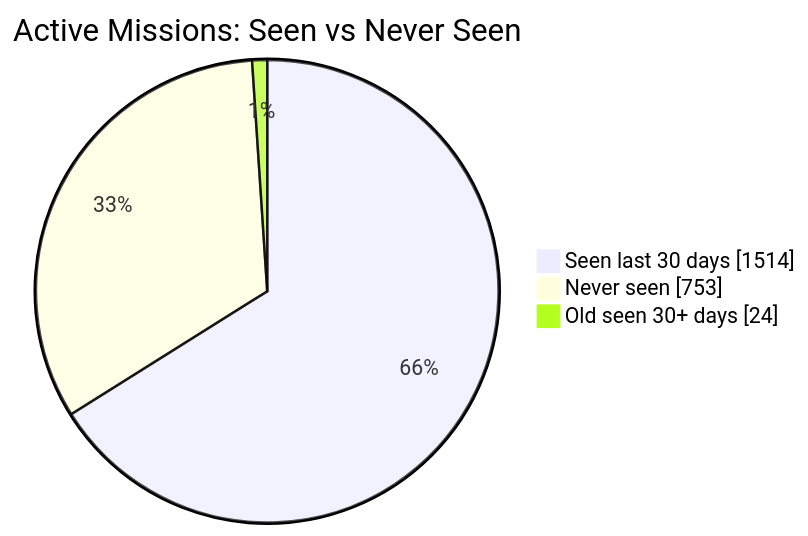
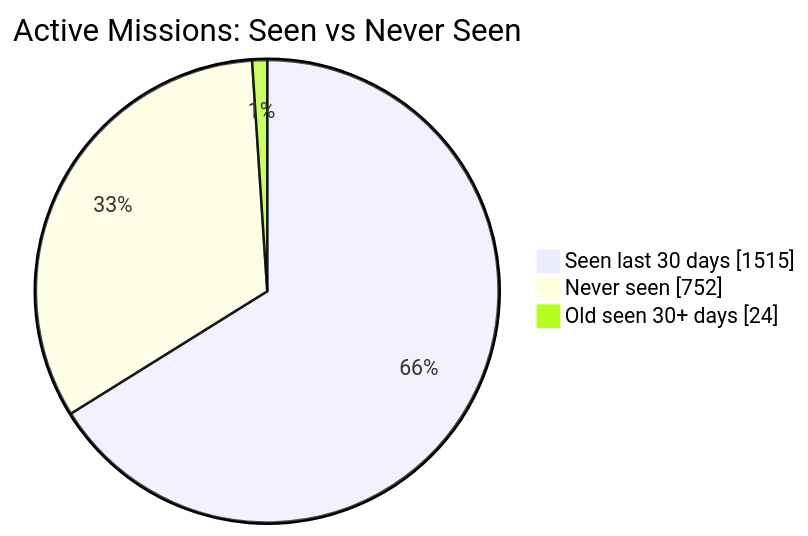
Before and after one commit to MeldkamerspelGameTeam/active-missions: the first of 2 diagrams in README.md, drawn with Mermaid. The commit also changed other lines of this file and 3 other files, not shown here.

````diff
--- a/README.md
+++ b/README.md
@@ -34,7 +34,7 @@
 ```mermaid
 pie showData
     title Active Missions: Seen vs Never Seen
-    "Seen last 30 days" : 1514
-    "Never seen" : 753
+    "Seen last 30 days" : 1515
+    "Never seen" : 752
     "Old seen 30+ days" : 24
 ```
````
